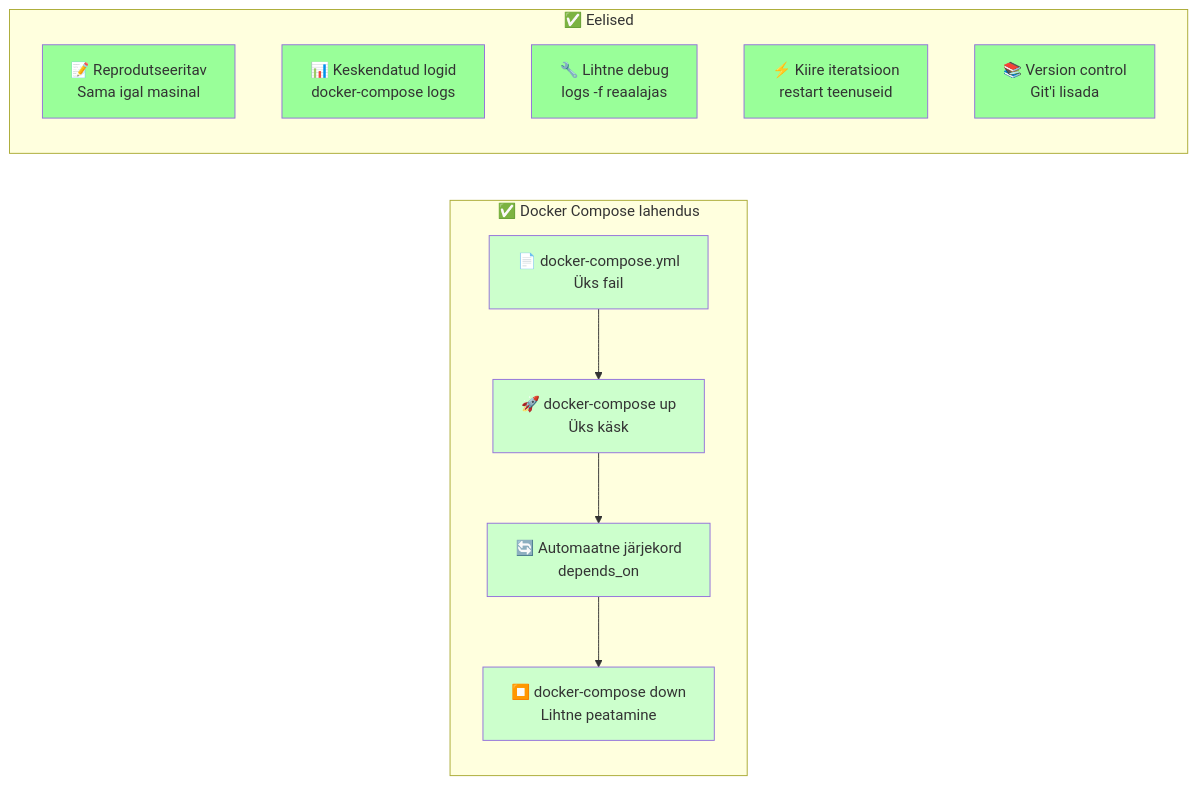
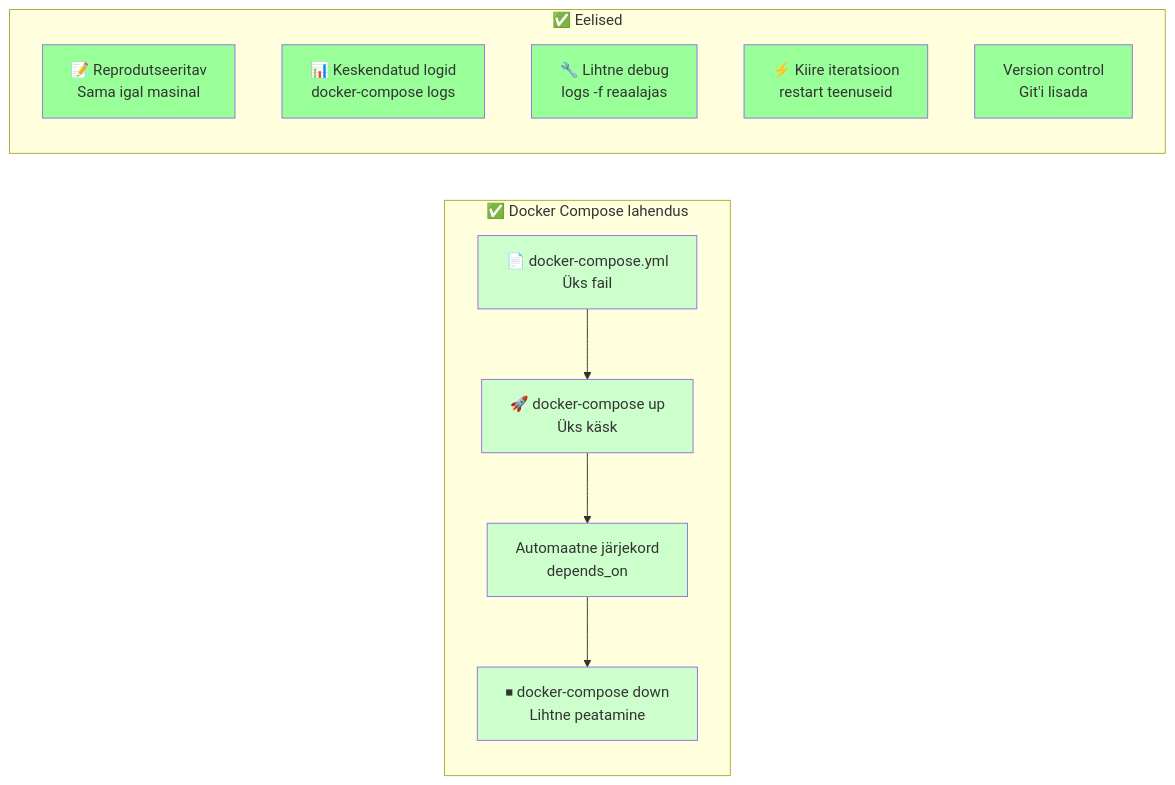
Before and after one commit to mtalvik/automation: the sixth of 17 diagrams in docs/docker_orchestration/lecture.md, drawn with Mermaid. The commit also changed other lines of this file and 168 other files, not shown here.

````diff
--- a/docs/docker_orchestration/lecture.md
+++ b/docs/docker_orchestration/lecture.md
@@ -365,31 +365,31 @@
 ```mermaid
 graph LR
     subgraph "✅ Docker Compose lahendus"
         ComposeFile[📄 docker-compose.yml<br/>Üks fail]
         OneCommand[🚀 docker-compose up<br/>Üks käsk]
-        AutoOrder[🔄 Automaatne järjekord<br/>depends_on]
-        EasyStop[⏹️ docker-compose down<br/>Lihtne peatamine]
+        AutoOrder[ Automaatne järjekord<br/>depends_on]
+        EasyStop[⏹ docker-compose down<br/>Lihtne peatamine]
     end
     
     subgraph "✅ Eelised"
         E1[📝 Reprodutseeritav<br/>Sama igal masinal]
         E2[📊 Keskendatud logid<br/>docker-compose logs]
         E3[🔧 Lihtne debug<br/>logs -f reaalajas]
         E4[⚡ Kiire iteratsioon<br/>restart teenuseid]
-        E5[📚 Version control<br/>Git'i lisada]
+        E5[ Version control<br/>Git'i lisada]
     end
     
     ComposeFile --> OneCommand
     OneCommand --> AutoOrder
     AutoOrder --> EasyStop
     
     style ComposeFile fill:#ccffcc
     style OneCommand fill:#ccffcc
     style AutoOrder fill:#ccffcc
     style EasyStop fill:#ccffcc
     style E1 fill:#99ff99
     style E2 fill:#99ff99
     style E3 fill:#99ff99
     style E4 fill:#99ff99
     style E5 fill:#99ff99
 ```
````
